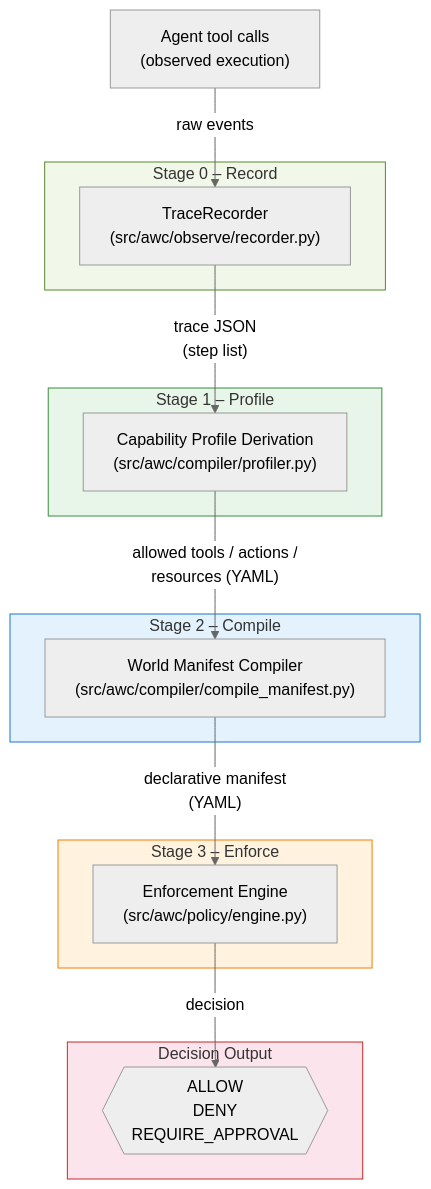
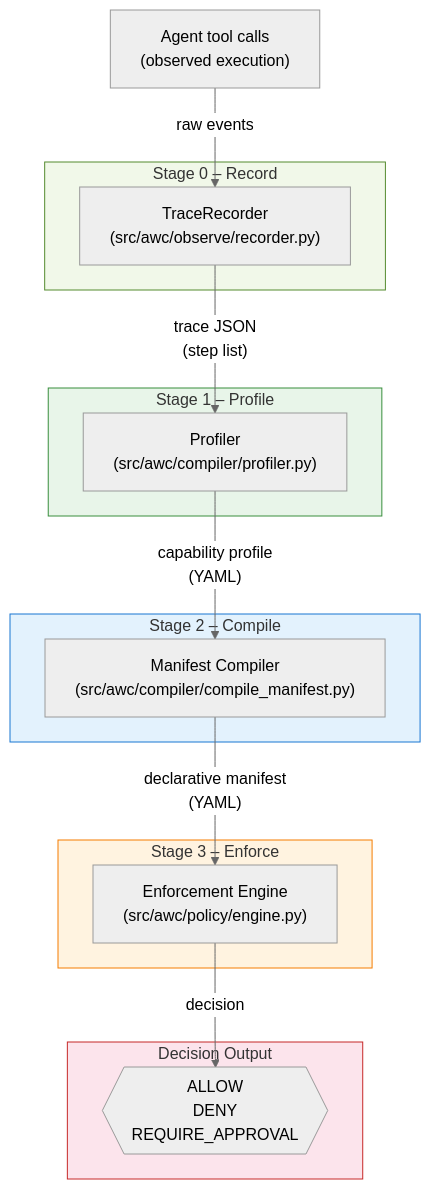
One commit to sv-pro/agent-world-compiler-poc changed the diagram in docs/architecture.md. Above: the diagram before and after it, drawn with Mermaid (neutral theme). The commit also changed other lines of this file and 6 other files, not shown here.

````diff
--- a/docs/architecture.md
+++ b/docs/architecture.md
@@ -8,38 +7,38 @@
 ```mermaid
 flowchart TD
     A["Agent tool calls\n(observed execution)"] -->|"raw events"| B
 
     subgraph Observe["Stage 0 – Record"]
         B["TraceRecorder\n(src/awc/observe/recorder.py)"]
     end
 
     B -->|"trace JSON\n(step list)"| C
 
     subgraph Profile["Stage 1 – Profile"]
-        C["Capability Profile Derivation\n(src/awc/compiler/profiler.py)"]
+        C["Profiler\n(src/awc/compiler/profiler.py)"]
     end
 
-    C -->|"allowed tools / actions /\nresources (YAML)"| D
+    C -->|"capability profile\n(YAML)"| D
 
     subgraph Compile["Stage 2 – Compile"]
-        D["World Manifest Compiler\n(src/awc/compiler/compile_manifest.py)"]
+        D["Manifest Compiler\n(src/awc/compiler/compile_manifest.py)"]
     end
 
     D -->|"declarative manifest\n(YAML)"| E
 
     subgraph Enforce["Stage 3 – Enforce"]
         E["Enforcement Engine\n(src/awc/policy/engine.py)"]
     end
 
     E -->|"decision"| F
 
     subgraph Output["Decision Output"]
         F{{"ALLOW\nDENY\nREQUIRE_APPROVAL"}}
     end
 
     style Observe  fill:#f1f8e9,stroke:#558b2f
     style Profile  fill:#e8f5e9,stroke:#388e3c
     style Compile  fill:#e3f2fd,stroke:#1976d2
     style Enforce  fill:#fff3e0,stroke:#f57c00
     style Output   fill:#fce4ec,stroke:#c62828
 ```
````
